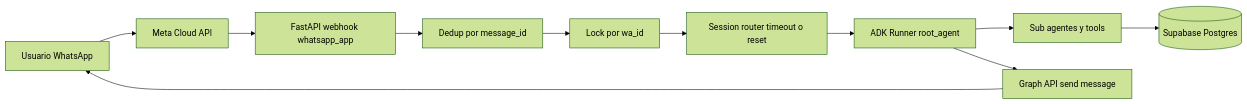
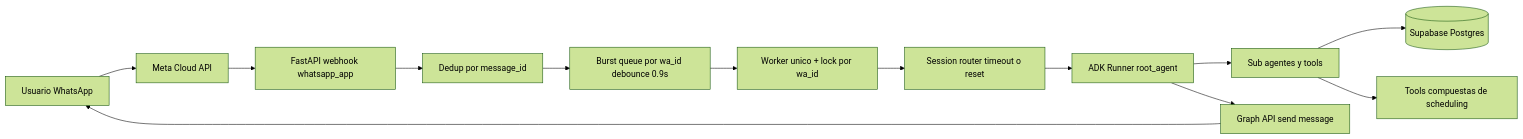
One commit to atomq-cristina-mallqui/veterinarias changed the diagram in README.md. Above: the diagram before and after it, drawn with Mermaid (forest theme). The commit also changed other lines of this file and 4 other files, not shown here.

First line of the commit message:
feat: acelerar flujo WhatsApp con burst queue y tools compuestas

````diff
--- a/README.md
+++ b/README.md
@@ -51,13 +51,15 @@
 ```mermaid
 flowchart LR
   userMsg[Usuario WhatsApp] --> metaApi[Meta Cloud API]
   metaApi --> webhook[FastAPI webhook whatsapp_app]
   webhook --> dedup[Dedup por message_id]
-  dedup --> perUserLock[Lock por wa_id]
+  dedup --> queue[Burst queue por wa_id debounce 0.9s]
+  queue --> perUserLock[Worker unico + lock por wa_id]
   perUserLock --> sessionRouter[Session router timeout o reset]
   sessionRouter --> runner[ADK Runner root_agent]
   runner --> subAgents[Sub agentes y tools]
   subAgents --> supabase[(Supabase Postgres)]
+  subAgents --> toolsFast[Tools compuestas de scheduling]
   runner --> sender[Graph API send message]
   sender --> userMsg
 ```
````
